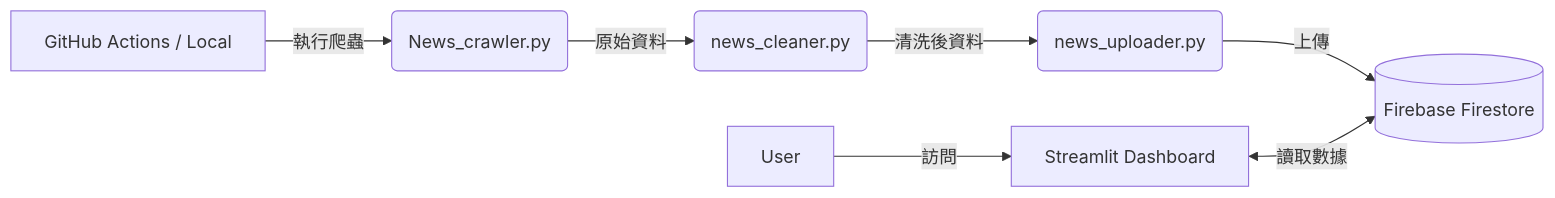
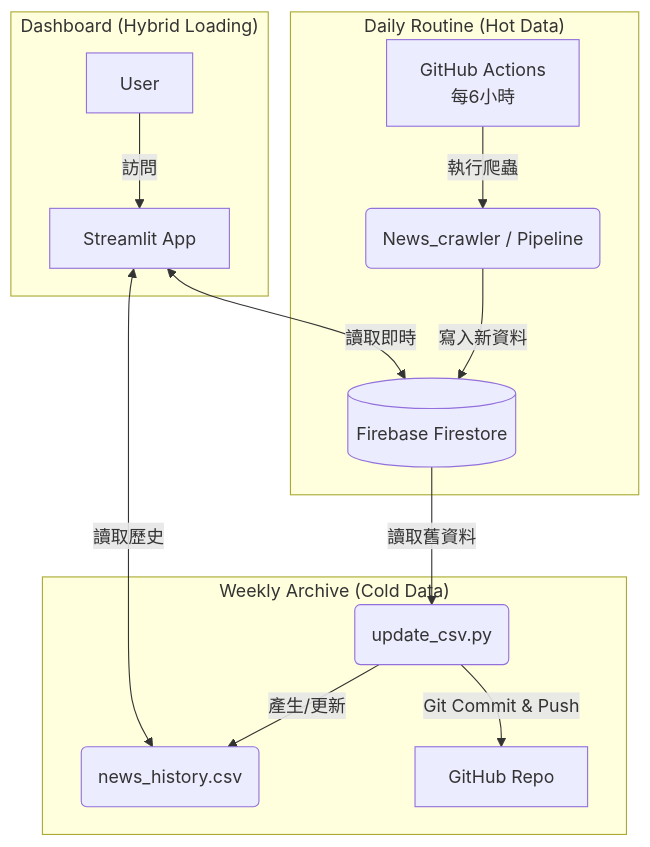
One commit to Freedom-Hank/News-parser changed the diagram in README.md. Above: the diagram before and after it, drawn with Mermaid. The commit also changed other lines of this file, not shown here.

Commit message:
docs: update README to reflect hybrid architecture and cost optimization

````diff
--- a/README.md
+++ b/README.md
@@ -34,9 +38,19 @@
 ```mermaid
-graph LR
-    A[GitHub Actions / Local] -->|執行爬蟲| B(News_crawler.py)
-    B -->|原始資料| C(news_cleaner.py)
-    C -->|清洗後資料| D(news_uploader.py)
-    D -->|上傳| E[(Firebase Firestore)]
-    F[User] -->|訪問| G[Streamlit Dashboard]
-    G <-->|讀取數據| E
+graph TD
+    subgraph "Daily Routine (Hot Data)"
+    A[GitHub Actions<br>每6小時] -->|"執行爬蟲"| B(News_crawler / Pipeline)
+    B -->|"寫入新資料"| C[(Firebase Firestore)]
+    end
+
+    subgraph "Weekly Archive (Cold Data)"
+    C -->|"讀取舊資料"| D(update_csv.py)
+    D -->|"產生/更新"| E(news_history.csv)
+    D -->|"Git Commit & Push"| F[GitHub Repo]
+    end
+
+    subgraph "Dashboard (Hybrid Loading)"
+    G[User] -->|"訪問"| H[Streamlit App]
+    H <-->|"讀取歷史"| E
+    H <-->|"讀取即時"| C
+    end
 ```
````
